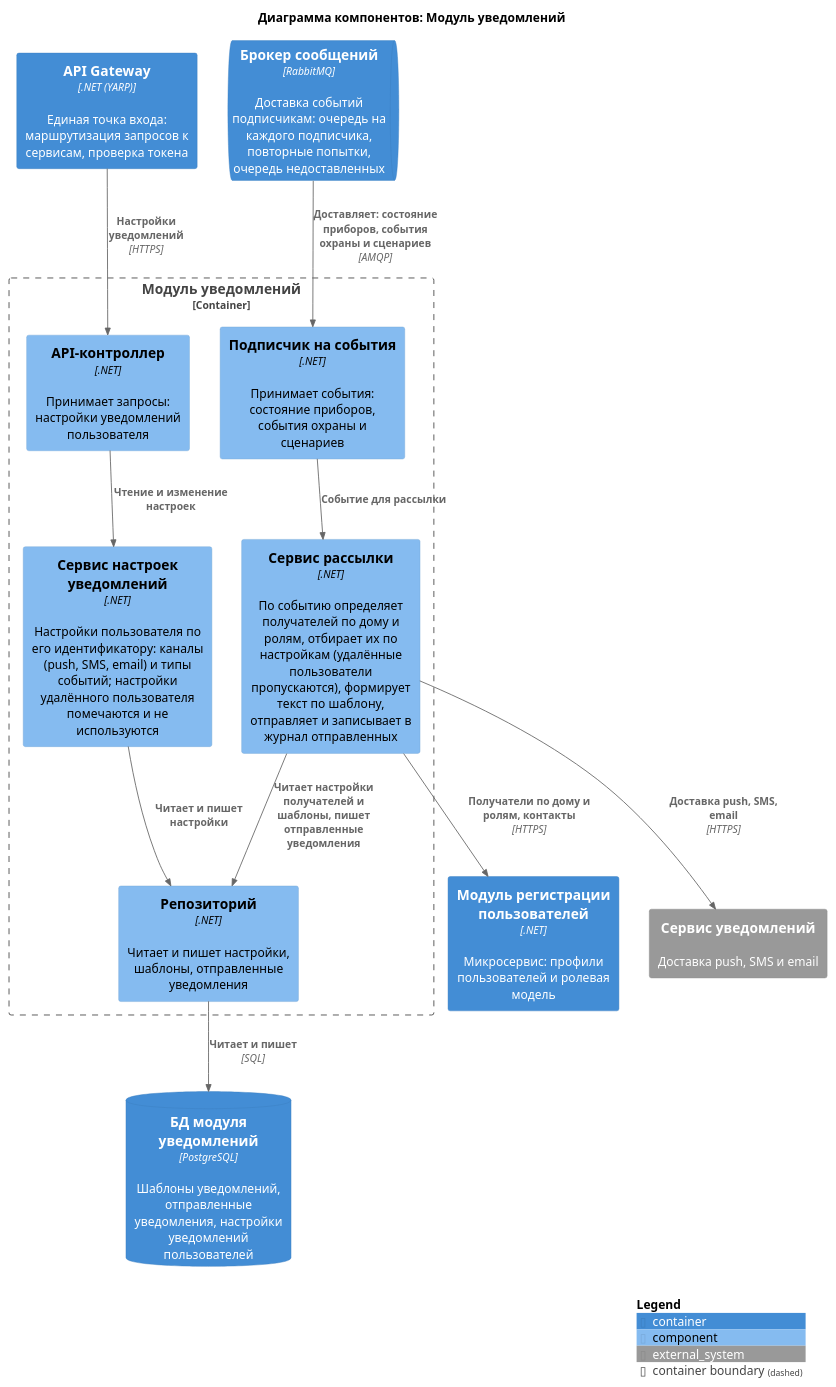
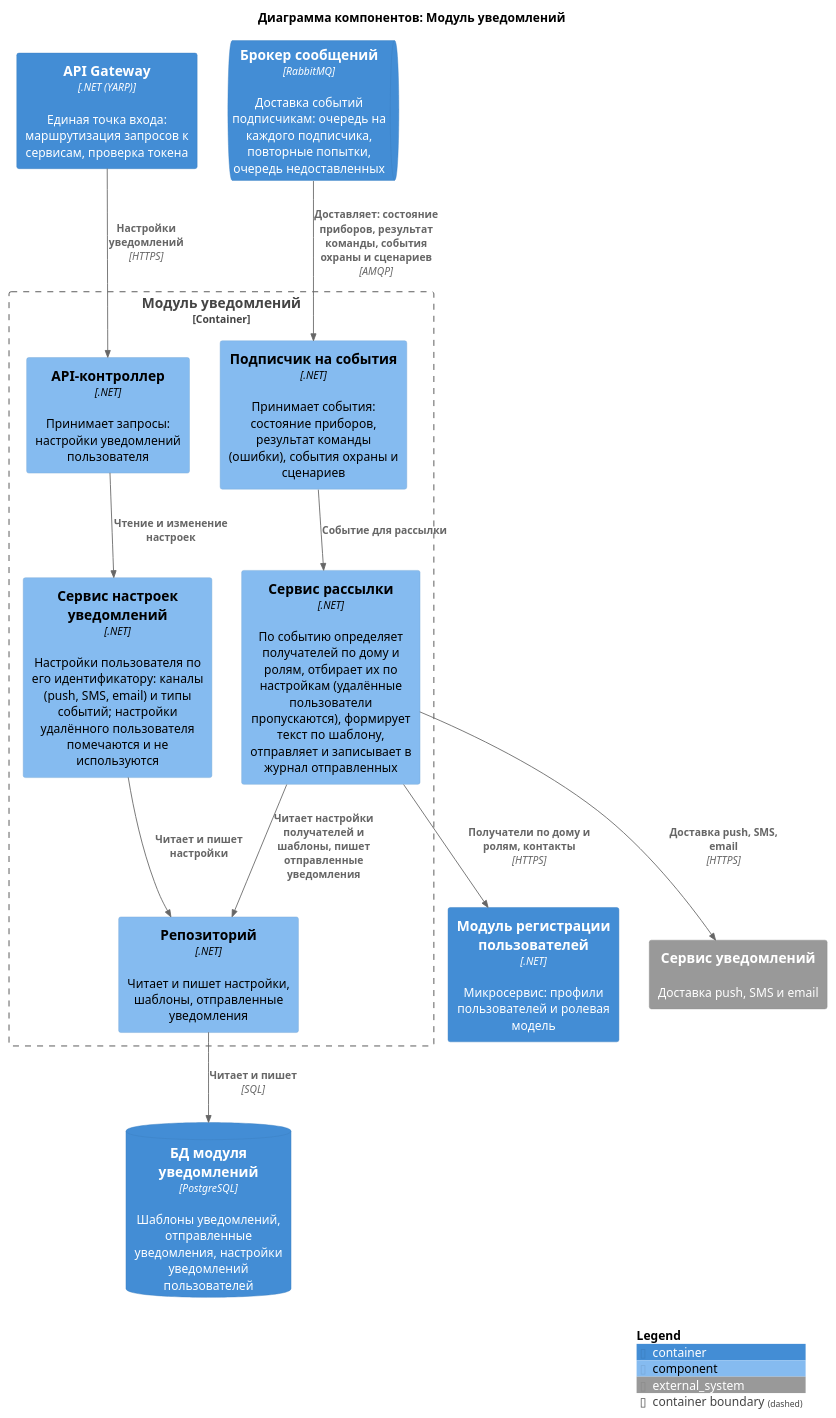
The diagram in diagrams/components/notification.puml (Lyamin-av/architecture-warmhouse), drawn with PlantUML before and after one commit. The commit also changed 35 other files, not shown here.

Commit message:
Диаграммы Задания 2 по решениям Задания 4: результат команды, итоговые события сервисов, correlationId, журнал команд, категория и вид прибора, SetModeAsync с температурой

```diff
--- a/diagrams/components/notification.puml
+++ b/diagrams/components/notification.puml
@@ -1,33 +1,33 @@
 @startuml notification
 !include <C4/C4_Component>
 
 title Диаграмма компонентов: Модуль уведомлений
 
 Container(Gateway, "API Gateway", ".NET (YARP)", "Единая точка входа: маршрутизация запросов к сервисам, проверка токена")
 Container(Users, "Модуль регистрации пользователей", ".NET", "Микросервис: профили пользователей и ролевая модель")
 ContainerQueue(Broker, "Брокер сообщений", "RabbitMQ", "Доставка событий подписчикам: очередь на каждого подписчика, повторные попытки, очередь недоставленных")
 ContainerDb(dbNot, "БД модуля уведомлений", "PostgreSQL", "Шаблоны уведомлений, отправленные уведомления, настройки уведомлений пользователей")
 System_Ext(notify, "Сервис уведомлений", "Доставка push, SMS и email")
 
 Container_Boundary(Notification, "Модуль уведомлений") {
     Component(api, "API-контроллер", ".NET", "Принимает запросы: настройки уведомлений пользователя")
     Component(settings, "Сервис настроек уведомлений", ".NET", "Настройки пользователя по его идентификатору: каналы (push, SMS, email) и типы событий; настройки удалённого пользователя помечаются и не используются")
-    Component(subscriber, "Подписчик на события", ".NET", "Принимает события: состояние приборов, события охраны и сценариев")
+    Component(subscriber, "Подписчик на события", ".NET", "Принимает события: состояние приборов, результат команды (ошибки), события охраны и сценариев")
     Component(dispatcher, "Сервис рассылки", ".NET", "По событию определяет получателей по дому и ролям, отбирает их по настройкам (удалённые пользователи пропускаются), формирует текст по шаблону, отправляет и записывает в журнал отправленных")
     Component(repo, "Репозиторий", ".NET", "Читает и пишет настройки, шаблоны, отправленные уведомления")
 }
 
 Rel(Gateway, api, "Настройки уведомлений", "HTTPS")
-Rel(Broker, subscriber, "Доставляет: состояние приборов, события охраны и сценариев", "AMQP")
+Rel(Broker, subscriber, "Доставляет: состояние приборов, результат команды, события охраны и сценариев", "AMQP")
 
 Rel(api, settings, "Чтение и изменение настроек")
 Rel(subscriber, dispatcher, "Событие для рассылки")
 Rel(dispatcher, Users, "Получатели по дому и ролям, контакты", "HTTPS")
 Rel(dispatcher, notify, "Доставка push, SMS, email", "HTTPS")
 
 Rel(settings, repo, "Читает и пишет настройки")
 Rel(dispatcher, repo, "Читает настройки получателей и шаблоны, пишет отправленные уведомления")
 Rel(repo, dbNot, "Читает и пишет", "SQL")
 
 SHOW_LEGEND()
 @enduml
```
